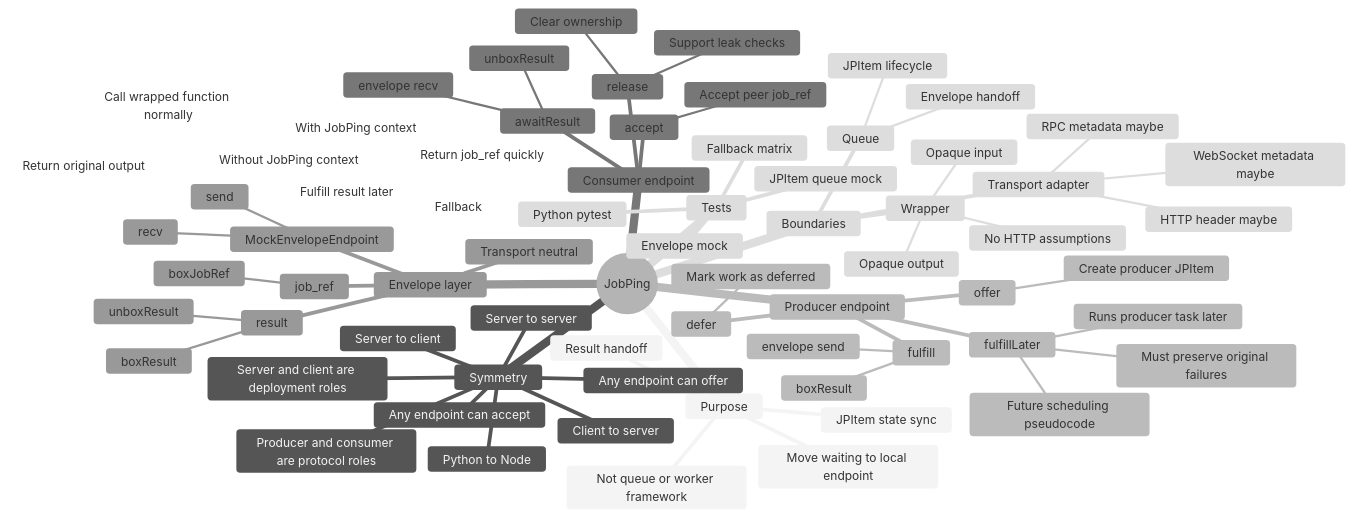
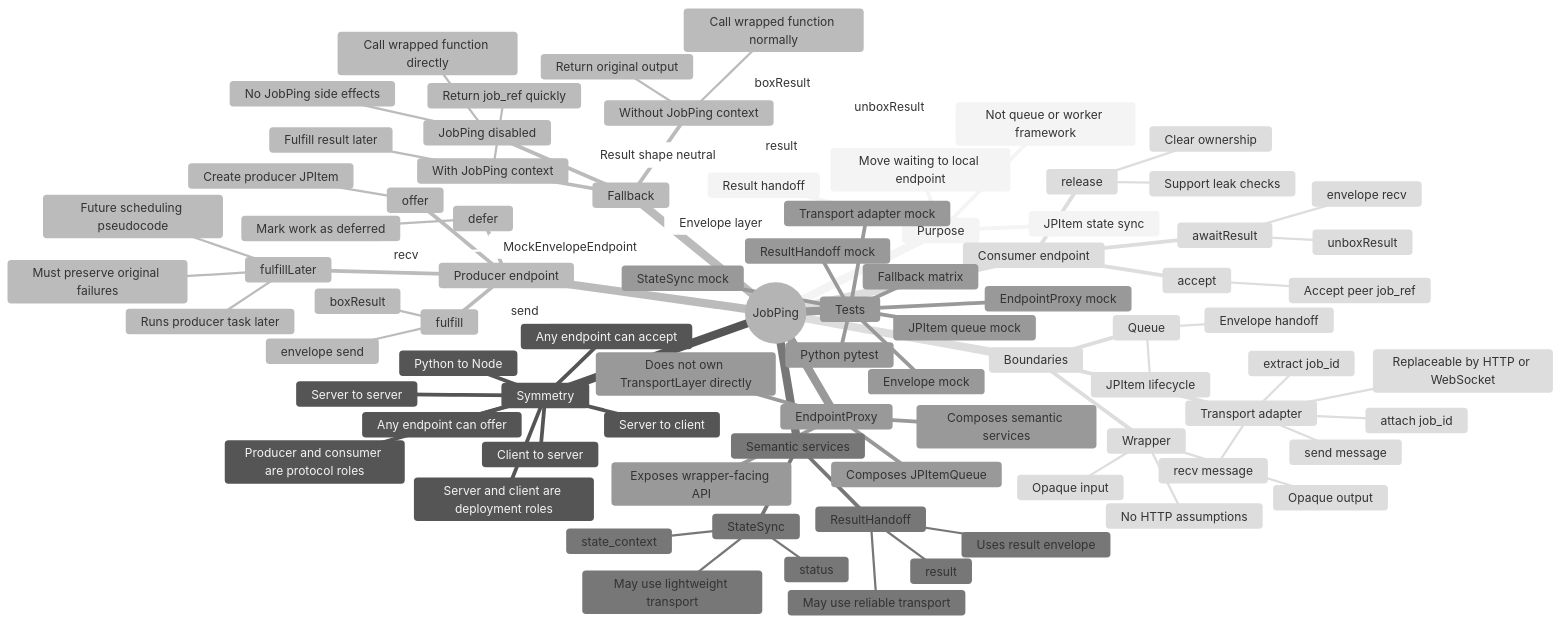
Before and after one commit to whitebob/JobPing: the diagram in README.md, drawn with Mermaid (neutral theme). The commit also changed other lines of this file and 27 other files, not shown here.

Commit message:
Add endpoint proxy semantic layers

````diff
--- a/README.md
+++ b/README.md
@@ -99,6 +175,20 @@
       fulfill
         boxResult
         envelope send
+    Semantic services
+      StateSync
+        status
+        state_context
+        May use lightweight transport
+      ResultHandoff
+        result
+        May use reliable transport
+        Uses result envelope
+    EndpointProxy
+      Composes semantic services
+      Composes JPItemQueue
+      Exposes wrapper-facing API
+      Does not own TransportLayer directly
     Consumer endpoint
       accept
         Accept peer job_ref
@@ -109,9 +199,7 @@
         Clear ownership
         Support leak checks
     Envelope layer
-      Transport neutral
-      job_ref
-        boxJobRef
+      Result shape neutral
       result
         boxResult
         unboxResult
@@ -124,9 +212,11 @@
         Opaque output
         No HTTP assumptions
       Transport adapter
-        HTTP header maybe
-        WebSocket metadata maybe
-        RPC metadata maybe
+        attach job_id
+        extract job_id
+        send message
+        recv message
+        Replaceable by HTTP or WebSocket
       Queue
         JPItem lifecycle
         Envelope handoff
@@ -134,12 +224,19 @@
       Without JobPing context
         Call wrapped function normally
         Return original output
+      JobPing disabled
+        Call wrapped function directly
+        No JobPing side effects
       With JobPing context
         Return job_ref quickly
         Fulfill result later
     Tests
       Envelope mock
       JPItem queue mock
+      Transport adapter mock
+      StateSync mock
+      ResultHandoff mock
+      EndpointProxy mock
       Fallback matrix
       Python pytest
 ```
````
